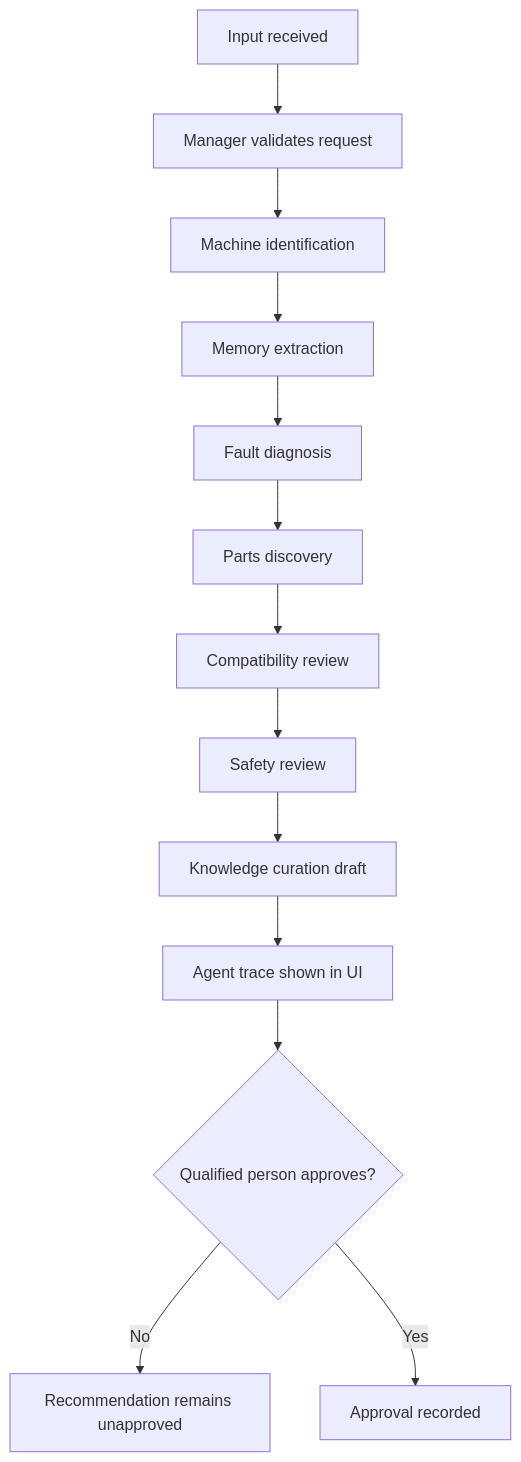
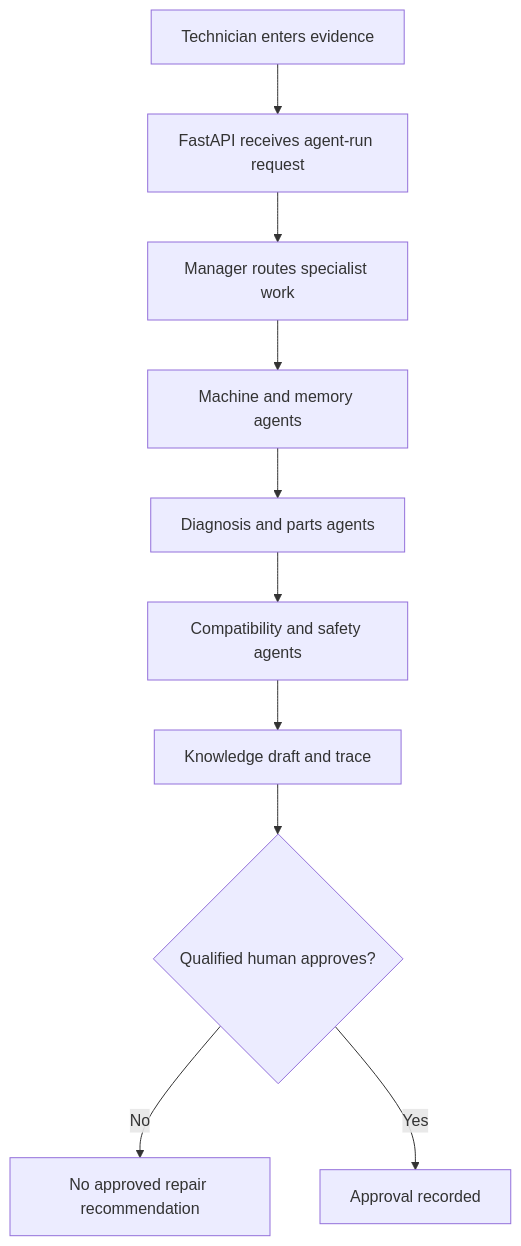
One commit to JasNahar/ecommerce-business-analytics changed the second of 2 diagrams in README.md. Above: the diagram before and after it, drawn with Mermaid. The commit also changed other lines of this file and 9 other files, not shown here.

````diff
--- a/README.md
+++ b/README.md
@@ -36,15 +36,12 @@
 ```mermaid
 flowchart TD
-    A[Input received] --> B[Manager validates request]
-    B --> C[Machine identification]
-    C --> D[Memory extraction]
-    D --> E[Fault diagnosis]
-    E --> F[Parts discovery]
-    F --> G[Compatibility review]
-    G --> H[Safety review]
-    H --> I[Knowledge curation draft]
-    I --> J[Agent trace shown in UI]
-    J --> K{Qualified person approves?}
-    K -->|No| L[Recommendation remains unapproved]
-    K -->|Yes| M[Approval recorded]
+    A[Technician enters evidence] --> B[FastAPI receives agent-run request]
+    B --> C[Manager routes specialist work]
+    C --> D[Machine and memory agents]
+    D --> E[Diagnosis and parts agents]
+    E --> F[Compatibility and safety agents]
+    F --> G[Knowledge draft and trace]
+    G --> H{Qualified human approves?}
+    H -->|No| I[No approved repair recommendation]
+    H -->|Yes| J[Approval recorded]
 ```
````
